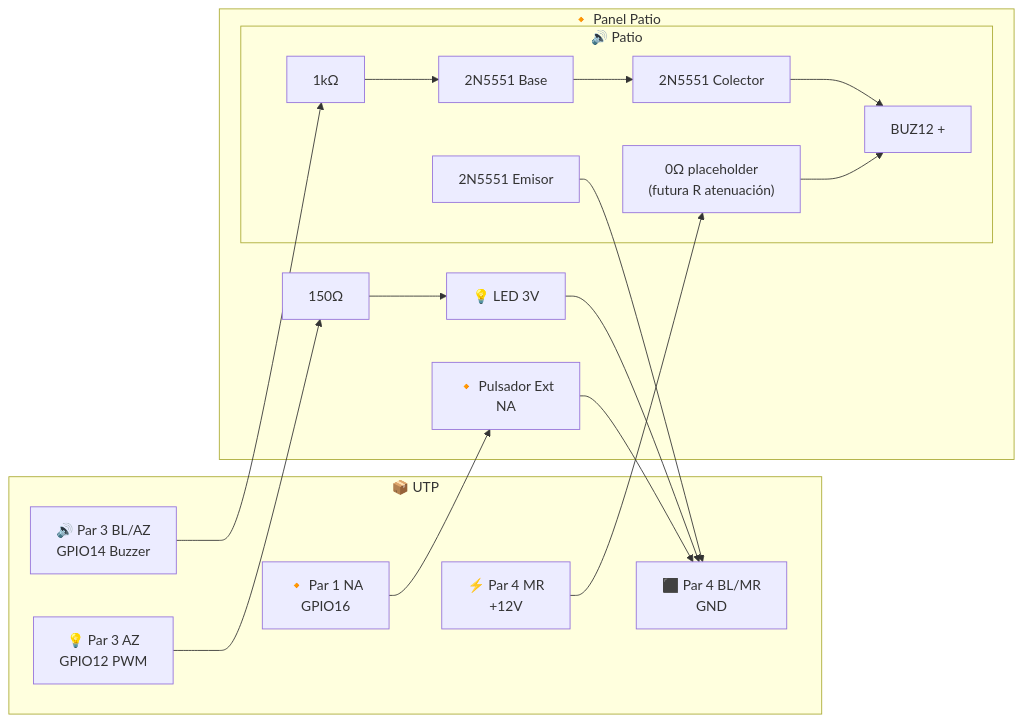
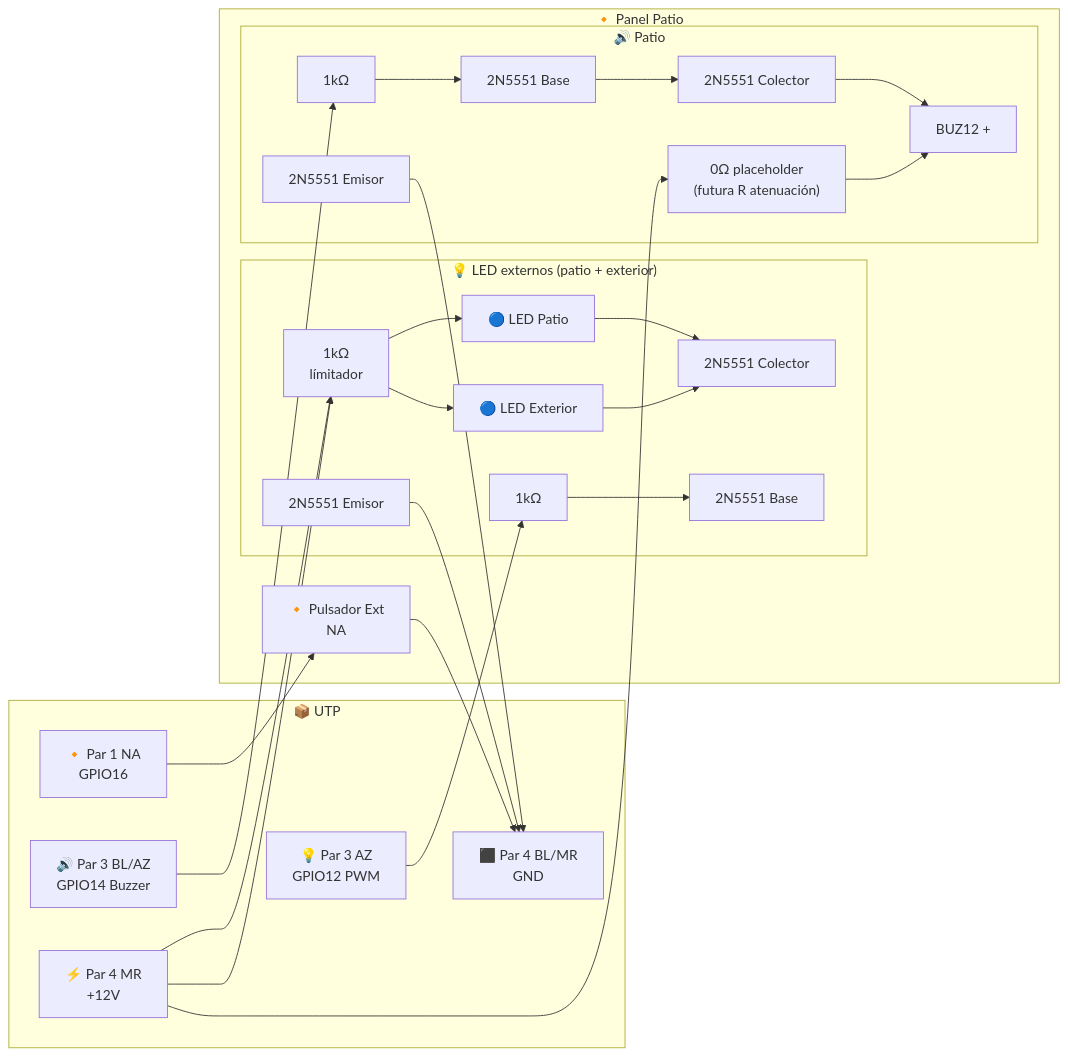
Before and after one commit to abelbour/Abrepuertas: the fifth of 11 diagrams in README.md, drawn with Mermaid. The commit also changed other lines of this file, not shown here.

Commit message:
LED externos con driver 2N5551 desde 12V: BOM, circuitos y doc

````diff
--- a/README.md
+++ b/README.md
@@ -495,25 +498,31 @@
 ```mermaid
 flowchart LR
     subgraph UTP["📦 UTP"]
         NA["🔸 Par 1 NA<br/>GPIO16"]
         AZ["💡 Par 3 AZ<br/>GPIO12 PWM"]
         BLAZ["🔊 Par 3 BL/AZ<br/>GPIO14 Buzzer"]
         P4MR["⚡ Par 4 MR<br/>+12V"]
         GND["⬛ Par 4 BL/MR<br/>GND"]
     end
 
     subgraph Panel["🔸 Panel Patio"]
         NA --> Puls["🔸 Pulsador Ext<br/>NA"]
         Puls --> GND
 
-        AZ --> R150[150Ω] --> LED3["💡 LED 3V"]
-        LED3 --> GND
+        subgraph LedExt["💡 LED externos (patio + exterior)"]
+            AZ --> RB[1kΩ] --> B[2N5551 Base]
+            P4MR --> RL["1kΩ<br/>límitador"] --> LED1["🔵 LED Patio"]
+            P4MR --> RL --> LED2["🔵 LED Exterior"]
+            LED1 --> C[2N5551 Colector]
+            LED2 --> C
+            E[2N5551 Emisor] --> GND
+        end
 
         subgraph BuzzerPatio["🔊 Patio"]
-            BLAZ --> RB[1kΩ] --> BB[2N5551 Base]
+            BLAZ --> RBZ[1kΩ] --> BB[2N5551 Base]
             P4MR --> R0["0Ω placeholder<br/>(futura R atenuación)"] --> BZ12["BUZ12 +"]
             BB --> CB[2N5551 Colector] --> BZ12
             EB[2N5551 Emisor] --> GND
         end
     end
 ```
````
